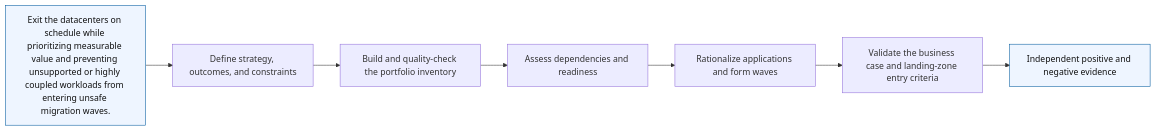
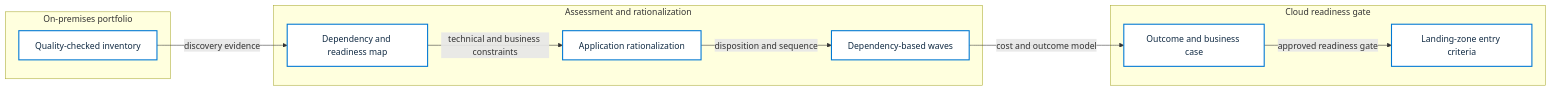
One commit to Jamonygr/Azure-Solutions-Architect-Expert changed the diagram in labs/22-migration-strategy-assessment/diagrams/architecture.mmd. Above: the diagram before and after it, drawn with Mermaid. The commit also changed 144 other files, not shown here.

```diff
--- a/labs/22-migration-strategy-assessment/diagrams/architecture.mmd
+++ b/labs/22-migration-strategy-assessment/diagrams/architecture.mmd
@@ -1,12 +1,22 @@
 %% BEGIN GENERATED AZ305 V1
 flowchart LR
-    R["Exit the datacenters on schedule while prioritizing measurable value and preventing unsupported or highly coupled workloads from entering unsafe migration waves."]
-    R --> C1["Define strategy, outcomes, and constraints"]
-    C1 --> C2["Build and quality-check the portfolio inventory"]
-    C2 --> C3["Assess dependencies and readiness"]
-    C3 --> C4["Rationalize applications and form waves"]
-    C4 --> C5["Validate the business case and landing-zone entry criteria"]
-    C5 --> E["Independent positive and negative evidence"]
-    classDef boundary fill:#eef5ff,stroke:#005a9e,color:#111
-    class R,E boundary
+    subgraph B_source_portfolio["On-premises portfolio"]
+        N_inventory["Quality-checked inventory"]
+    end
+    subgraph B_assessment_factory["Assessment and rationalization"]
+        N_dependencies["Dependency and readiness map"]
+        N_rationalization["Application rationalization"]
+        N_waves["Dependency-based waves"]
+    end
+    subgraph B_cloud_readiness["Cloud readiness gate"]
+        N_business_case["Outcome and business case"]
+        N_landing_zone["Landing-zone entry criteria"]
+    end
+    N_inventory -->|"discovery evidence"| N_dependencies
+    N_dependencies -->|"technical and business constraints"| N_rationalization
+    N_rationalization -->|"disposition and sequence"| N_waves
+    N_waves -->|"cost and outcome model"| N_business_case
+    N_business_case -->|"approved readiness gate"| N_landing_zone
+    classDef service fill:#ffffff,stroke:#0078d4,color:#102a43,stroke-width:2px
+    class N_inventory,N_dependencies,N_rationalization,N_waves,N_business_case,N_landing_zone service
 %% END GENERATED AZ305 V1
```
